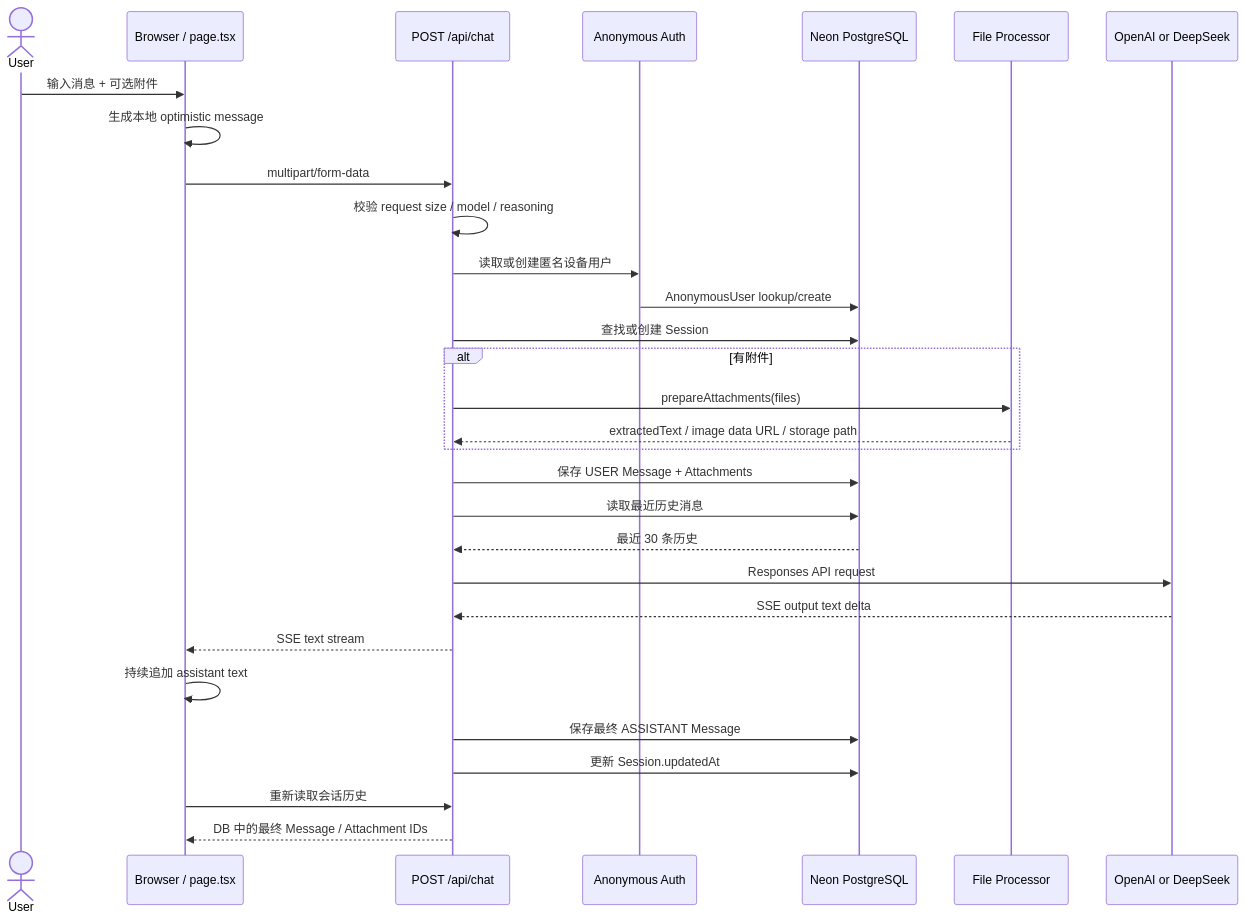
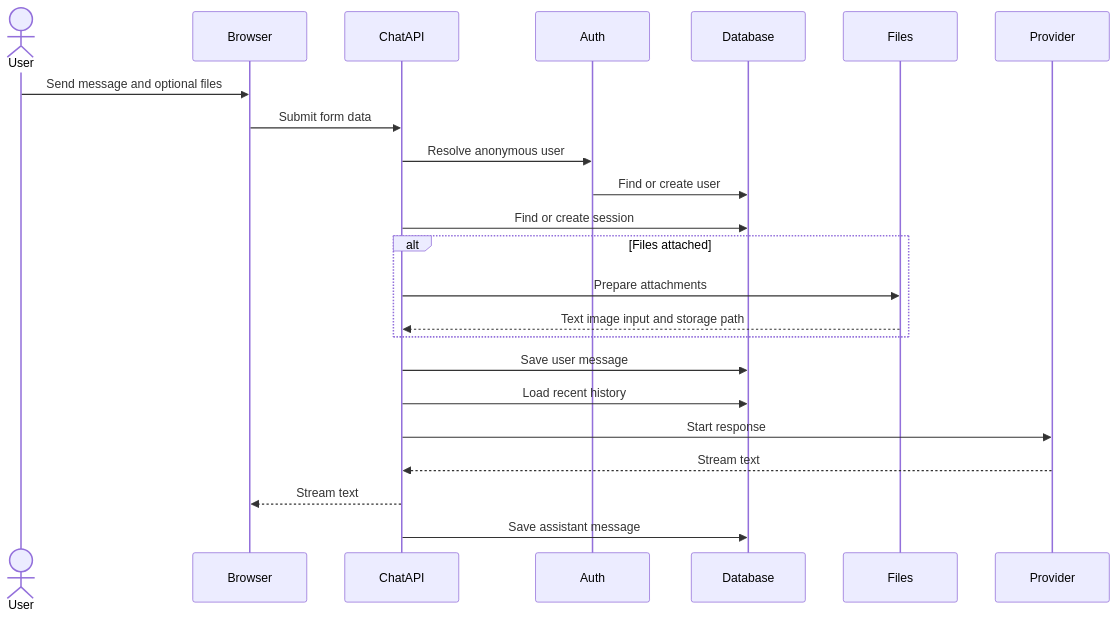
One commit to kakumine2001/NoteFable changed the first of 3 diagrams in docs/architecture/chat-flow.md. Above: the diagram before and after it, drawn with Mermaid. The commit also changed other lines of this file and 6 other files, not shown here.

Commit message:
docs: consolidate architecture overview and harden Mermaid

````diff
--- a/docs/architecture/chat-flow.md
+++ b/docs/architecture/chat-flow.md
@@ -9,39 +9,28 @@
 ```mermaid
 sequenceDiagram
-    actor U as User
-    participant UI as Browser / page.tsx
-    participant API as POST /api/chat
-    participant AUTH as Anonymous Auth
-    participant DB as Neon PostgreSQL
-    participant FILE as File Processor
-    participant AI as OpenAI or DeepSeek
+    actor User
+    participant Browser
+    participant ChatAPI
+    participant Auth
+    participant Database
+    participant Files
+    participant Provider
 
-    U->>UI: 输入消息 + 可选附件
-    UI->>UI: 生成本地 optimistic message
-    UI->>API: multipart/form-data
+    User->>Browser: Send message and optional files
+    Browser->>ChatAPI: Submit form data
+    ChatAPI->>Auth: Resolve anonymous user
+    Auth->>Database: Find or create user
+    ChatAPI->>Database: Find or create session
 
-    API->>API: 校验 request size / model / reasoning
-    API->>AUTH: 读取或创建匿名设备用户
-    AUTH->>DB: AnonymousUser lookup/create
-
-    API->>DB: 查找或创建 Session
-
-    alt 有附件
-        API->>FILE: prepareAttachments(files)
-        FILE-->>API: extractedText / image data URL / storage path
+    alt Files attached
+        ChatAPI->>Files: Prepare attachments
+        Files-->>ChatAPI: Text image input and storage path
     end
 
-    API->>DB: 保存 USER Message + Attachments
-    API->>DB: 读取最近历史消息
-    DB-->>API: 最近 30 条历史
-
-    API->>AI: Responses API request
-    AI-->>API: SSE output text delta
-    API-->>UI: SSE text stream
-    UI->>UI: 持续追加 assistant text
-
-    API->>DB: 保存最终 ASSISTANT Message
-    API->>DB: 更新 Session.updatedAt
-    UI->>API: 重新读取会话历史
-    API-->>UI: DB 中的最终 Message / Attachment IDs
+    ChatAPI->>Database: Save user message
+    ChatAPI->>Database: Load recent history
+    ChatAPI->>Provider: Start response
+    Provider-->>ChatAPI: Stream text
+    ChatAPI-->>Browser: Stream text
+    ChatAPI->>Database: Save assistant message
 ```
````
